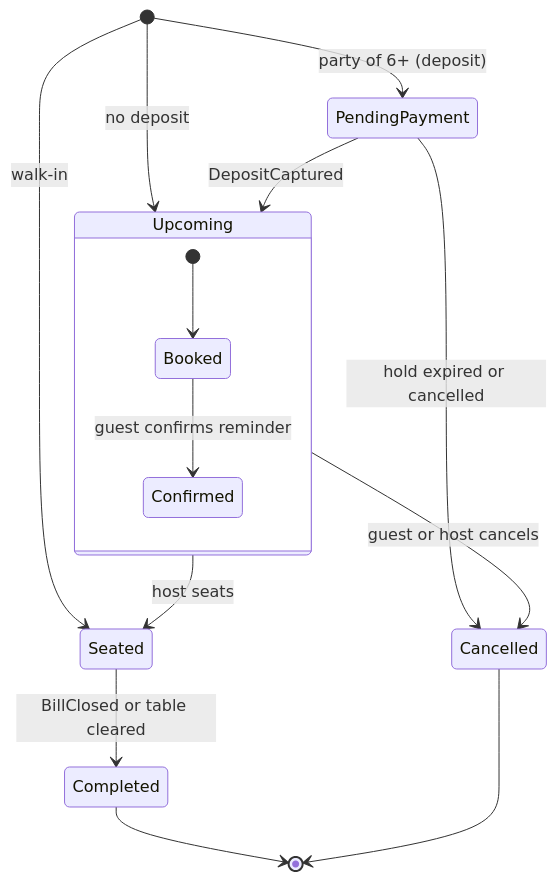
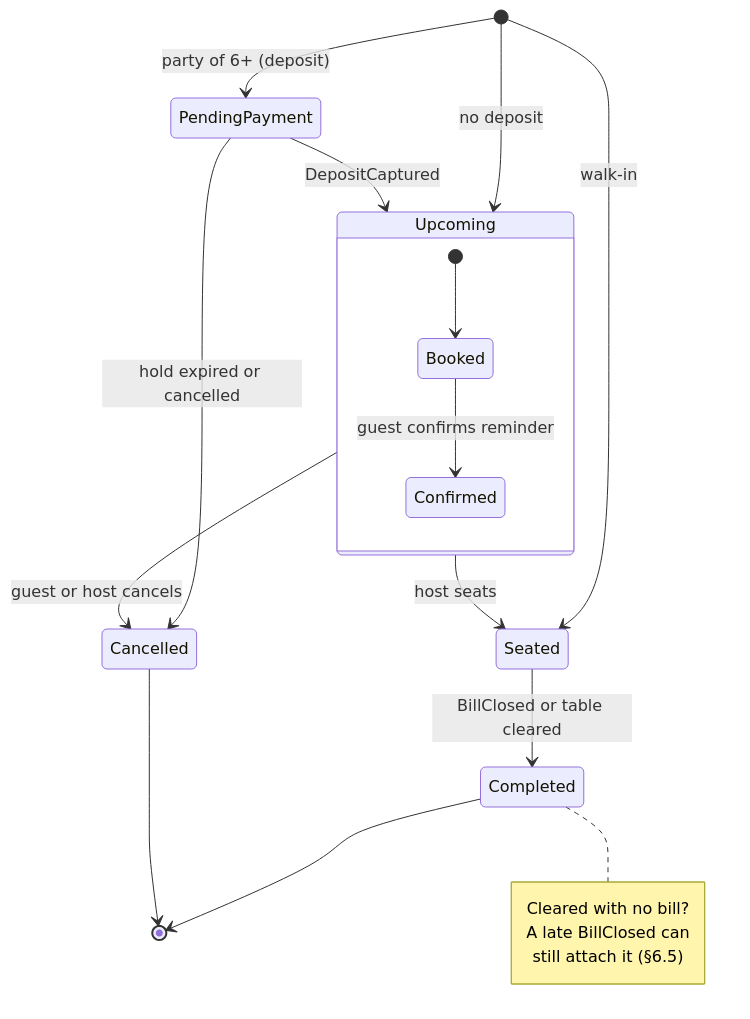
The sixth of 26 diagrams in docs/Design.md (ring9834/TableReservation), drawn with Mermaid before and after one commit. The commit also changed other lines of this file, not shown here.

First line of the commit message:
docs(design): add late-match rule for POS bills after a host clears a table

````diff
--- a/docs/Design.md
+++ b/docs/Design.md
@@ -371,17 +389,22 @@
 ```mermaid
 stateDiagram-v2
     state "Upcoming" as Upcoming {
         [*] --> Booked
         Booked --> Confirmed: guest confirms reminder
     }
     [*] --> PendingPayment: party of 6+ (deposit)
     [*] --> Upcoming: no deposit
     [*] --> Seated: walk-in
     PendingPayment --> Upcoming: DepositCaptured
     PendingPayment --> Cancelled: hold expired or cancelled
     Upcoming --> Seated: host seats
     Upcoming --> Cancelled: guest or host cancels
     Seated --> Completed: BillClosed or table cleared
     Completed --> [*]
     Cancelled --> [*]
+    note right of Completed
+        Cleared with no bill?
+        A late BillClosed can
+        still attach it (§6.5)
+    end note
 ```
````
